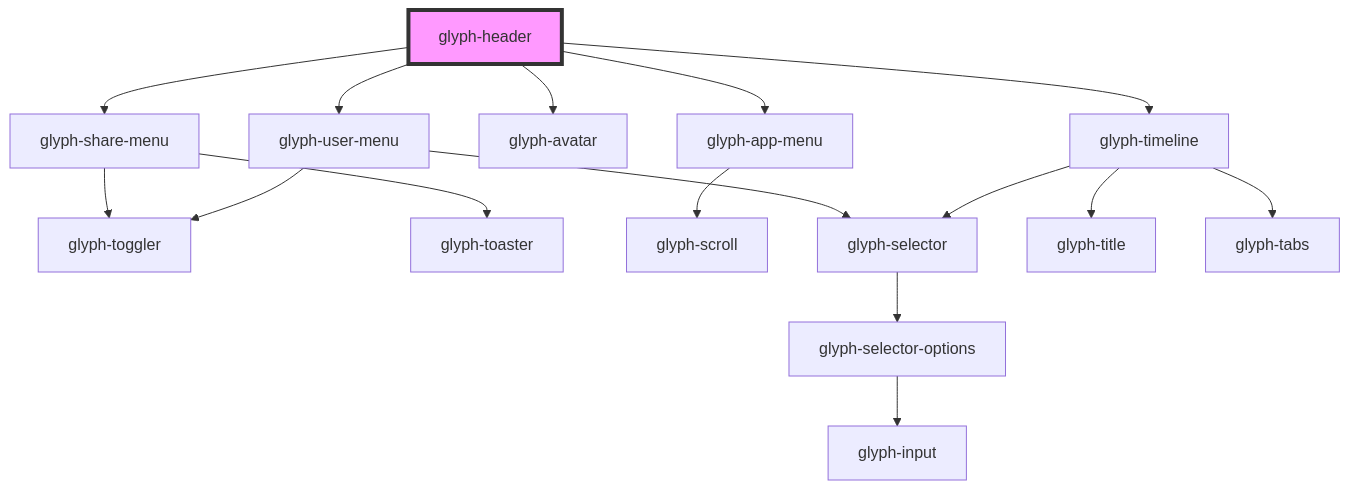
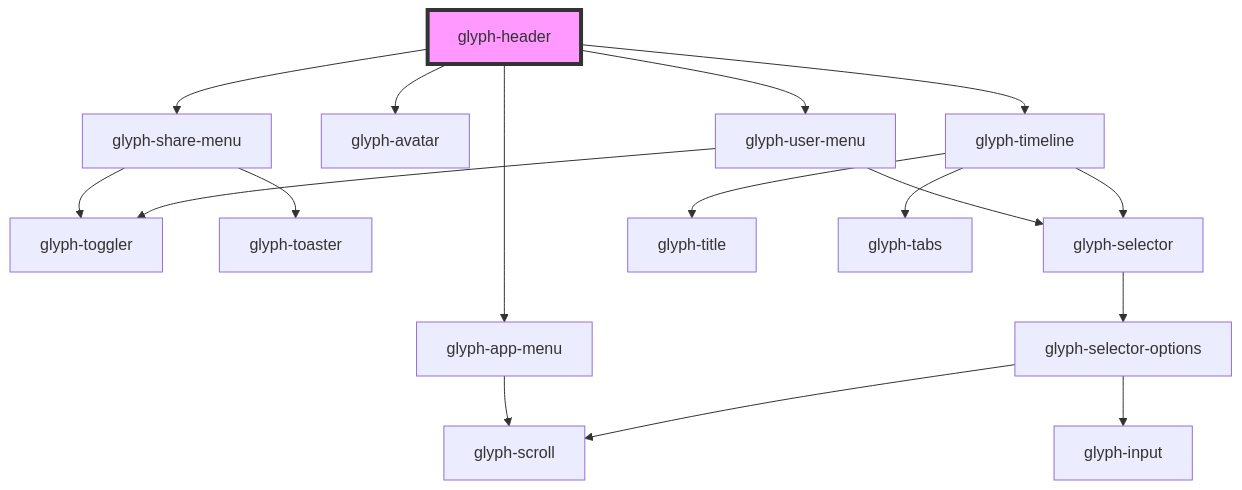
Before and after one commit to adrianiy/synth-ui: the diagram in packages/glyph-components/src/components/layouts/header/readme.md, drawn with Mermaid. The commit also changed 14 other files, not shown here.

````diff
--- a/packages/glyph-components/src/components/layouts/header/readme.md
+++ b/packages/glyph-components/src/components/layouts/header/readme.md
@@ -54,19 +54,20 @@
 ```mermaid
 graph TD;
   glyph-header --> glyph-share-menu
   glyph-header --> glyph-app-menu
   glyph-header --> glyph-avatar
   glyph-header --> glyph-user-menu
   glyph-header --> glyph-timeline
   glyph-share-menu --> glyph-toggler
   glyph-share-menu --> glyph-toaster
   glyph-app-menu --> glyph-scroll
   glyph-user-menu --> glyph-selector
   glyph-user-menu --> glyph-toggler
   glyph-selector --> glyph-selector-options
   glyph-selector-options --> glyph-input
+  glyph-selector-options --> glyph-scroll
   glyph-timeline --> glyph-title
   glyph-timeline --> glyph-selector
   glyph-timeline --> glyph-tabs
   style glyph-header fill:#f9f,stroke:#333,stroke-width:4px
 ```
````
